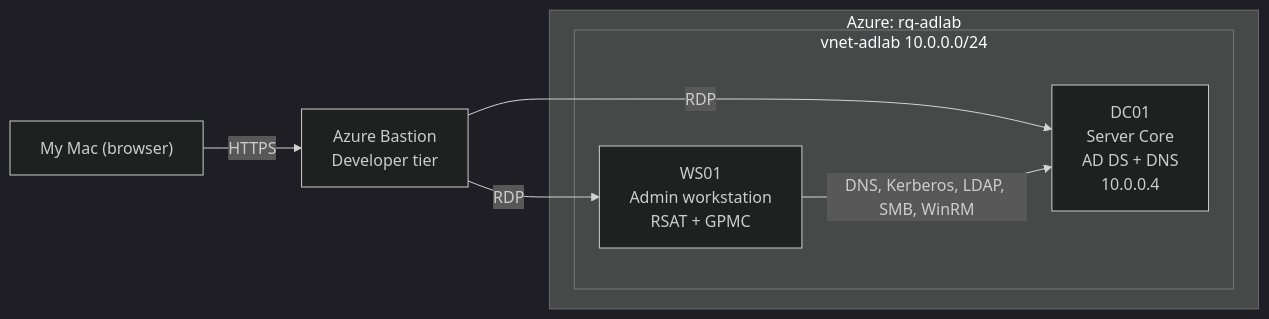
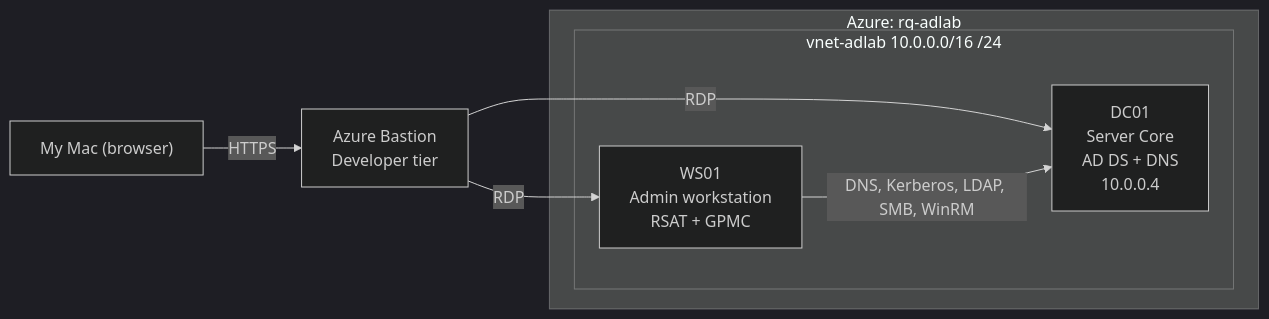
One commit to michaeladeboye/azure-ad-lab changed the diagram in README.md. Above: the diagram before and after it, drawn with Mermaid (dark theme). The commit also changed other lines of this file, not shown here.

````diff
--- a/README.md
+++ b/README.md
@@ -8,15 +8,15 @@
 ```mermaid
 flowchart LR
     mac["My Mac (browser)"] -->|HTTPS| bastion["Azure Bastion<br/>Developer tier"]
 
     subgraph azure["Azure: rg-adlab"]
-        subgraph vnet["vnet-adlab 10.0.0.0/24"]
+        subgraph vnet["vnet-adlab 10.0.0.0/16 /24"]
             dc["DC01<br/>Server Core<br/>AD DS + DNS<br/>10.0.0.4"]
             ws["WS01<br/>Admin workstation<br/>RSAT + GPMC"]
         end
     end
 
     bastion -->|RDP| dc
     bastion -->|RDP| ws
     ws -->|DNS, Kerberos, LDAP, SMB, WinRM| dc
 ```
````
